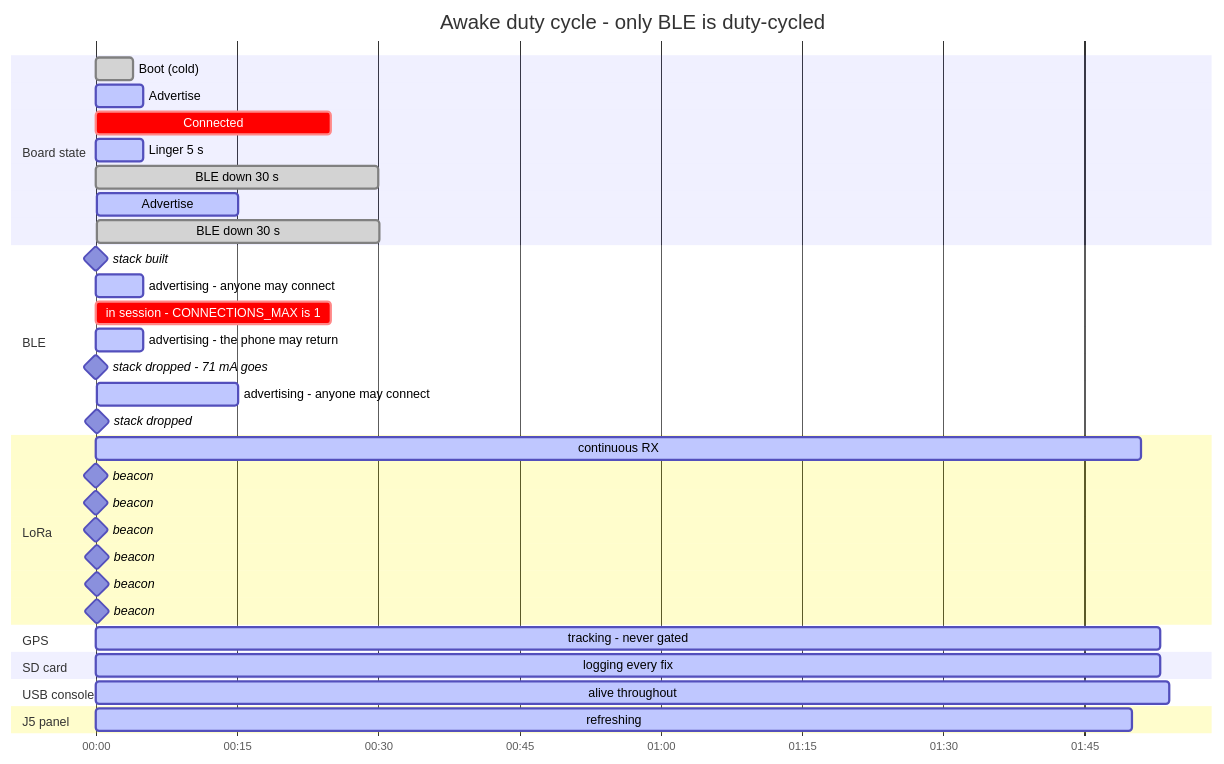
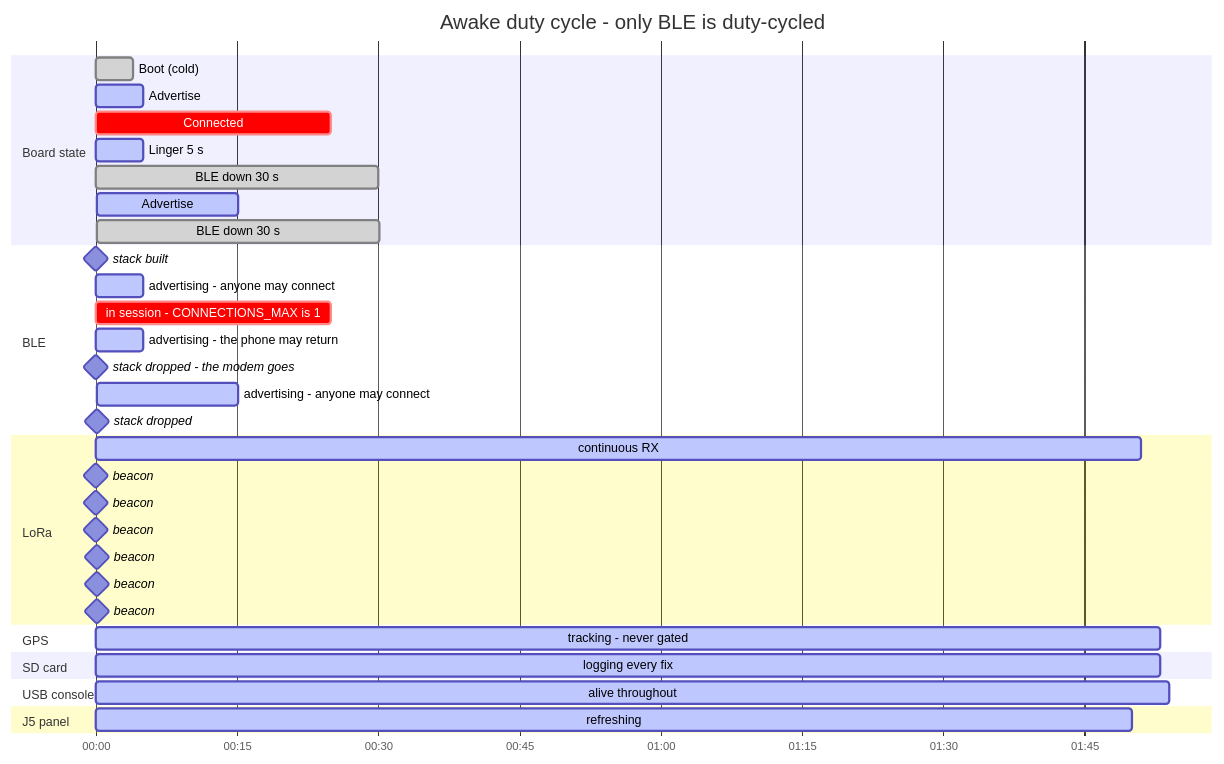
Before and after one commit to Telemety-In-Midair/telemetry-in-midair-rs: the seventh of 9 diagrams in ARCHITECTURE.md, drawn with Mermaid. The commit also changed other lines of this file, not shown here.

First line of the commit message:
docs: the ble lane in the gantt is coarser than the controller now is

````diff
--- a/ARCHITECTURE.md
+++ b/ARCHITECTURE.md
@@ -500,45 +500,45 @@
 ```mermaid
 gantt
     title Awake duty cycle - only BLE is duty-cycled
     dateFormat X
     axisFormat %M:%S
 
     section Board state
     Boot (cold)             :done,   s1, 0, 4s
     Advertise               :active, s2, 4, 5s
     Connected               :crit,   s3, 9, 25s
     Linger 5 s              :active, s4, 34, 5s
     BLE down 30 s           :done,   s5, 39, 30s
     Advertise               :active, s6, 69, 15s
     BLE down 30 s           :done,   s7, 84, 30s
 
     section BLE
     stack built             :milestone, b0, 4, 0s
     advertising - anyone may connect :active, b1, 4, 5s
     in session - CONNECTIONS_MAX is 1 :crit, b2, 9, 25s
     advertising - the phone may return :active, b3, 34, 5s
-    stack dropped - 71 mA goes :milestone, b4, 39, 0s
+    stack dropped - the modem goes :milestone, b4, 39, 0s
     advertising - anyone may connect :active, b5, 69, 15s
     stack dropped           :milestone, b6, 84, 0s
 
     section LoRa
     continuous RX           :active, r1, 3, 111s
     beacon                  :milestone, r2, 5, 0s
     beacon                  :milestone, r3, 25, 0s
     beacon                  :milestone, r4, 45, 0s
     beacon                  :milestone, r5, 65, 0s
     beacon                  :milestone, r6, 85, 0s
     beacon                  :milestone, r7, 105, 0s
 
     section GPS
     tracking - never gated  :active, g1, 1, 113s
 
     section SD card
     logging every fix       :active, d1, 1, 113s
 
     section USB console
     alive throughout        :active, u1, 0, 114s
 
     section J5 panel
     refreshing              :active, o1, 4, 110s
 ```
````
